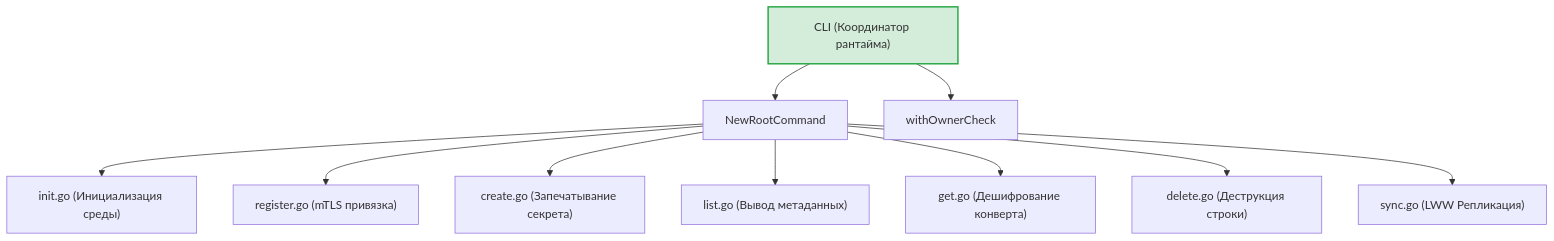
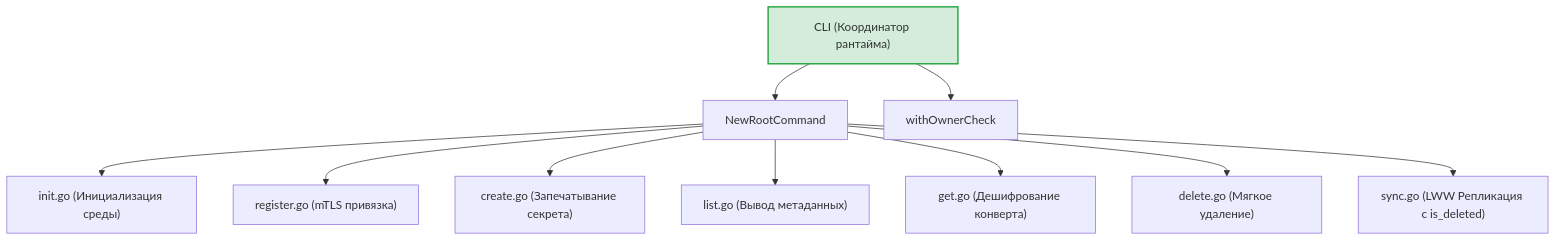
One commit to IlVin/GophKeeper changed the first of 3 diagrams in internal/client/commands/README.md. Above: the diagram before and after it, drawn with Mermaid. The commit also changed other lines of this file and 13 other files, not shown here.

````diff
--- a/internal/client/commands/README.md
+++ b/internal/client/commands/README.md
@@ -18,15 +19,15 @@
 ```mermaid
 graph TD
     CLI["CLI (Координатор рантайма)"] --> RootCmd["NewRootCommand"]
     CLI --> Middleware["withOwnerCheck"]
     
     RootCmd --> InitCmd["init.go (Инициализация среды)"]
     RootCmd --> RegCmd["register.go (mTLS привязка)"]
     RootCmd --> CreateCmd["create.go (Запечатывание секрета)"]
     RootCmd --> ListCmd["list.go (Вывод метаданных)"]
     RootCmd --> GetCmd["get.go (Дешифрование конверта)"]
-    RootCmd --> DelCmd["delete.go (Деструкция строки)"]
-    RootCmd --> SyncCmd["sync.go (LWW Репликация)"]
+    RootCmd --> DelCmd["delete.go (Мягкое удаление)"]
+    RootCmd --> SyncCmd["sync.go (LWW Репликация с is_deleted)"]
 
     style CLI fill:#d4edda,stroke:#28a745,stroke-width:2px
 ```
````
